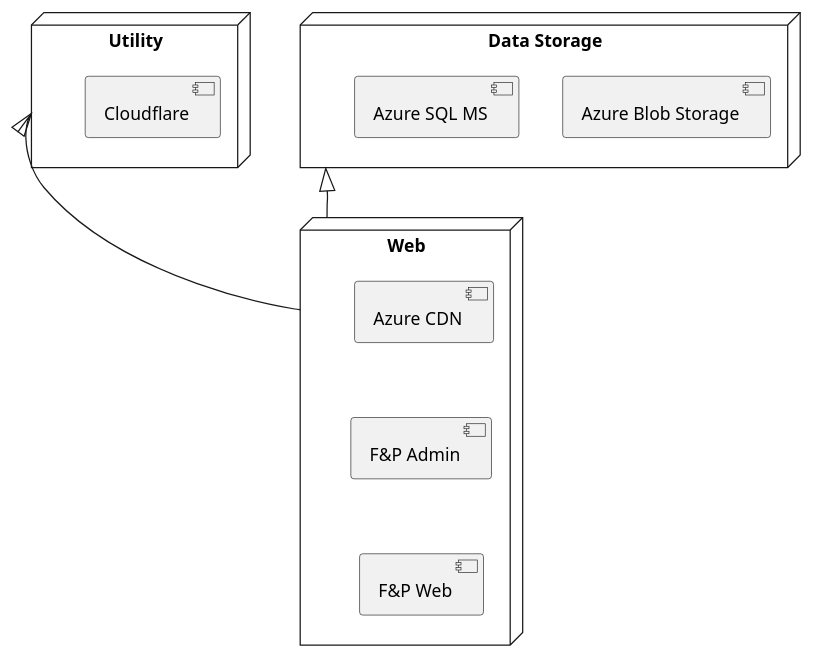
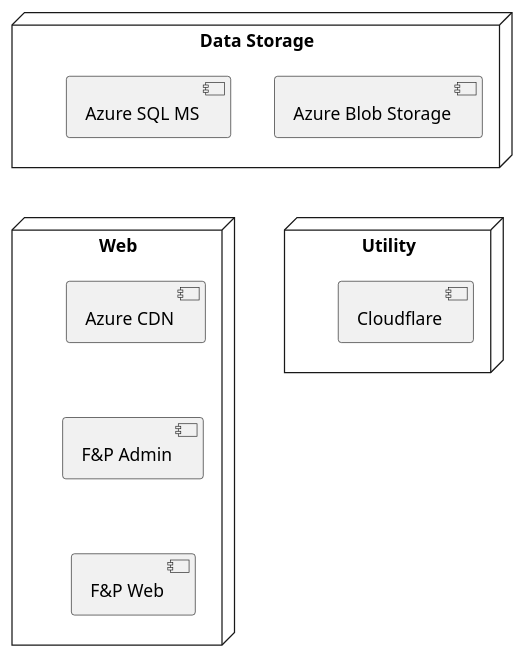
Before and after one commit to bearandhammer/knowledge-vault: the diagram in obsidian-vault/🐸 Frog & Pencil/Architecture Diagram.md, drawn with PlantUML. The commit also changed other lines of this file, not shown here.

````diff
--- a/obsidian-vault/🐸 Frog & Pencil/Architecture Diagram.md
+++ b/obsidian-vault/🐸 Frog & Pencil/Architecture Diagram.md
@@ -9,25 +9,22 @@
 ```plantuml
 node "Data Storage" as DS {
 [Azure Blob Storage] as ABS
 [Azure SQL MS] as ASMS
 }
 
 node "Web" as WEB {
 [Azure CDN] as ACDN
 [F&P Web] as FPW
 [F&P Admin] as FPA
 
 ACDN -[hidden]d-> FPA
 FPA -[hidden]d-> FPW
 }
 
 node "Utility" as UT {
 [Cloudflare] as CF
 }
 
 DS -[hidden]d-> WEB
 WEB -[hidden]r-> UT
-
-DS <|-- WEB
-UT <|-- WEB
 ```
````
